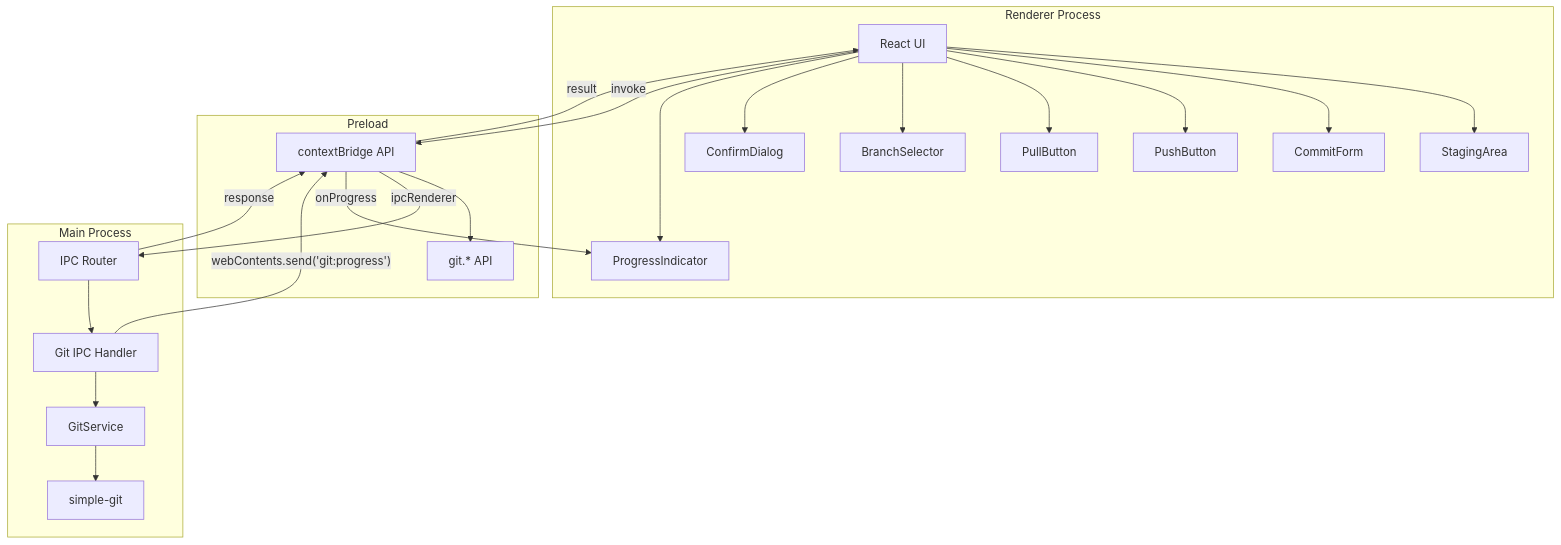
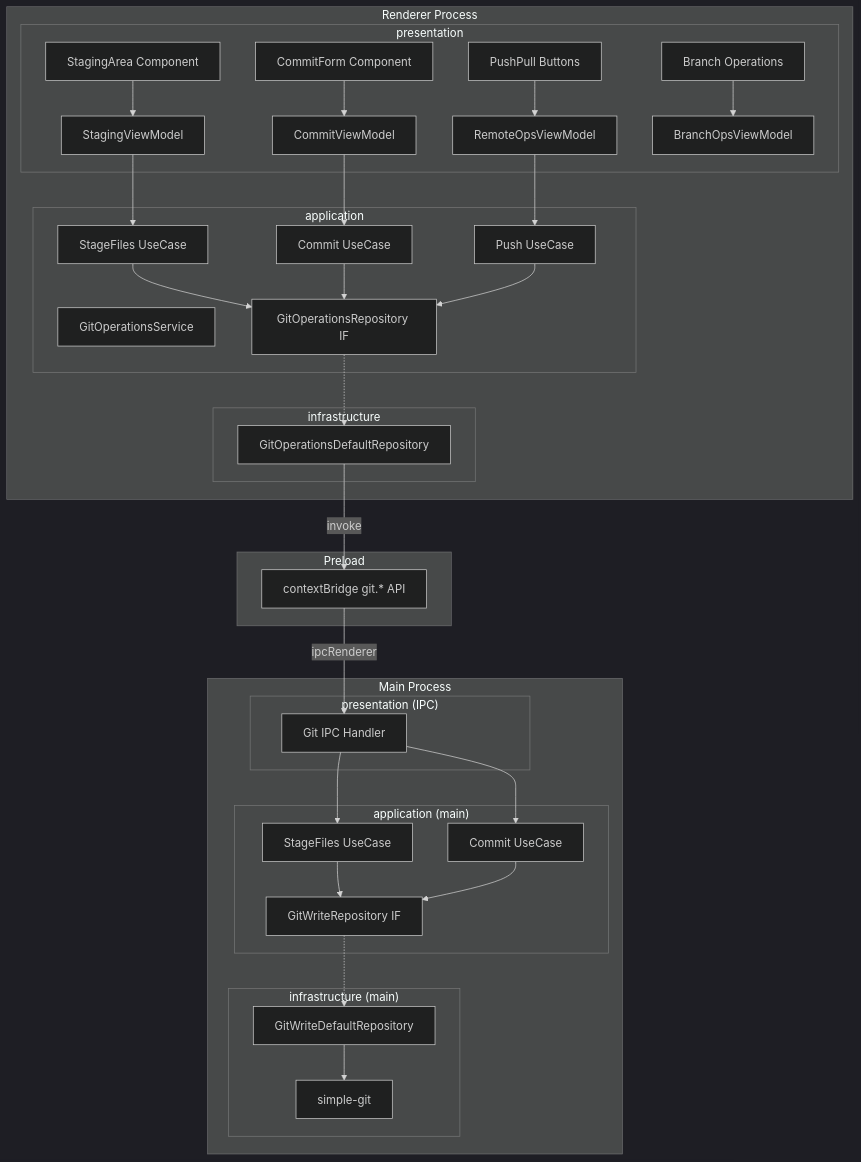
Before and after one commit to ToshikiImagawa/Buruma: the diagram in .sdd/specification/basic-git-operations_design.md, drawn with Mermaid. The commit also changed other lines of this file and 2 other files, not shown here.

First line of the commit message:
[docs] Revise *basic-git-operations.md* with updated structure and enhanced details

````diff
--- a/.sdd/specification/basic-git-operations_design.md
+++ b/.sdd/specification/basic-git-operations_design.md
@@ -83,43 +153,65 @@
 ```mermaid
+%%{init: {'theme': 'dark'}}%%
 graph TD
     subgraph "Renderer Process"
-        React[React UI]
-        StagingArea[StagingArea]
-        CommitForm[CommitForm]
-        PushButton[PushButton]
-        PullButton[PullButton]
-        BranchSelector[BranchSelector]
-        ConfirmDialog[ConfirmDialog]
-        ProgressIndicator[ProgressIndicator]
-        React --> StagingArea
-        React --> CommitForm
-        React --> PushButton
-        React --> PullButton
-        React --> BranchSelector
-        React --> ConfirmDialog
-        React --> ProgressIndicator
+        subgraph "presentation"
+            StagingArea[StagingArea Component]
+            CommitForm[CommitForm Component]
+            PushPull[PushPull Buttons]
+            BranchOps[Branch Operations]
+            StagingVM[StagingViewModel]
+            CommitVM[CommitViewModel]
+            RemoteVM[RemoteOpsViewModel]
+            BranchVM[BranchOpsViewModel]
+        end
+        subgraph "application"
+            StageUC[StageFiles UseCase]
+            CommitUC[Commit UseCase]
+            PushUC[Push UseCase]
+            GitOpsService[GitOperationsService]
+            GitOpsRepoIF["GitOperationsRepository IF"]
+        end
+        subgraph "infrastructure"
+            GitOpsRepoImpl[GitOperationsDefaultRepository]
+        end
     end
 
     subgraph "Preload"
-        Bridge[contextBridge API]
-        GitAPI["git.* API"]
-        Bridge --> GitAPI
+        Bridge["contextBridge git.* API"]
     end
 
     subgraph "Main Process"
-        IPCRouter[IPC Router]
-        GitHandler[Git IPC Handler]
-        GitService[GitService]
-        SimpleGit[simple-git]
-        IPCRouter --> GitHandler
-        GitHandler --> GitService
-        GitService --> SimpleGit
+        subgraph "presentation (IPC)"
+            IPCHandler[Git IPC Handler]
+        end
+        subgraph "application (main)"
+            MainStageUC[StageFiles UseCase]
+            MainCommitUC[Commit UseCase]
+            GitWriteRepoIF["GitWriteRepository IF"]
+        end
+        subgraph "infrastructure (main)"
+            GitWriteRepoImpl[GitWriteDefaultRepository]
+            SimpleGit[simple-git]
+        end
     end
 
-    React -->|"invoke"| Bridge
-    Bridge -->|"ipcRenderer"| IPCRouter
-    IPCRouter -->|"response"| Bridge
-    Bridge -->|"result"| React
-    GitHandler -->|"webContents.send('git:progress')"| Bridge
-    Bridge -->|"onProgress"| ProgressIndicator
+    StagingArea --> StagingVM
+    CommitForm --> CommitVM
+    PushPull --> RemoteVM
+    BranchOps --> BranchVM
+    StagingVM --> StageUC
+    CommitVM --> CommitUC
+    RemoteVM --> PushUC
+    StageUC --> GitOpsRepoIF
+    CommitUC --> GitOpsRepoIF
+    PushUC --> GitOpsRepoIF
+    GitOpsRepoIF -.-> GitOpsRepoImpl
+    GitOpsRepoImpl -->|"invoke"| Bridge
+    Bridge -->|"ipcRenderer"| IPCHandler
+    IPCHandler --> MainStageUC
+    IPCHandler --> MainCommitUC
+    MainStageUC --> GitWriteRepoIF
+    MainCommitUC --> GitWriteRepoIF
+    GitWriteRepoIF -.-> GitWriteRepoImpl
+    GitWriteRepoImpl --> SimpleGit
 ```
````
